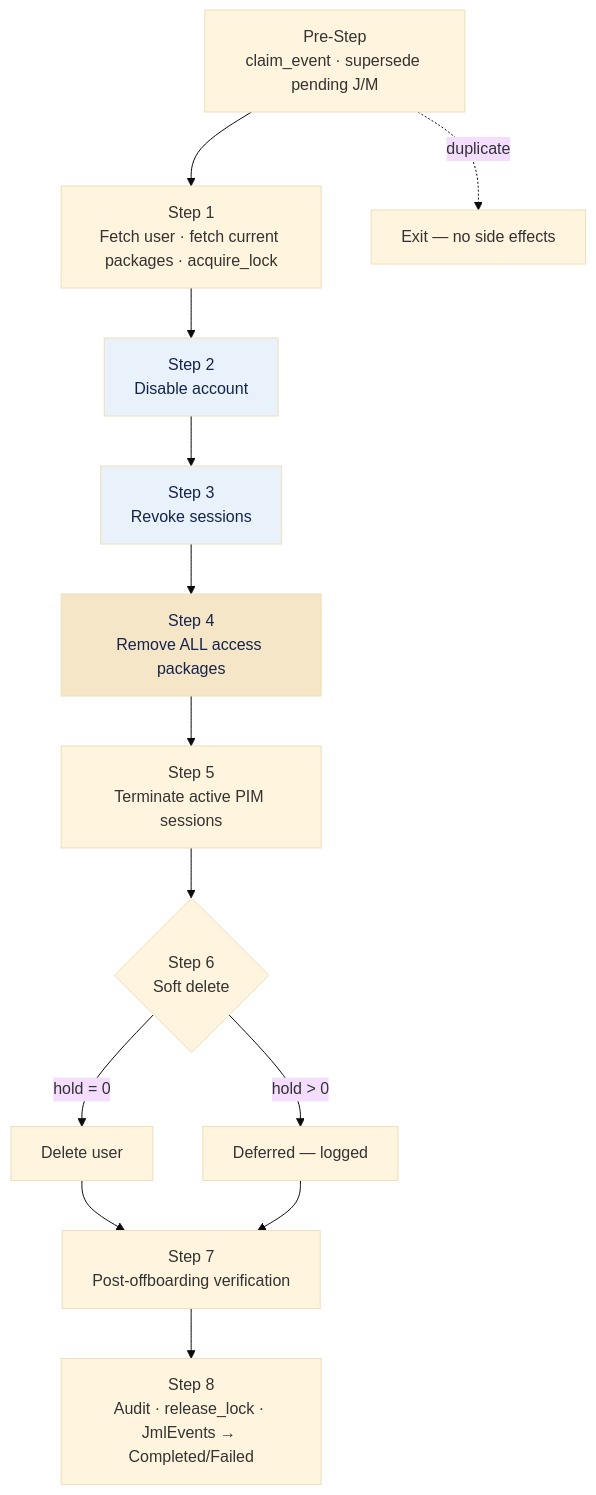
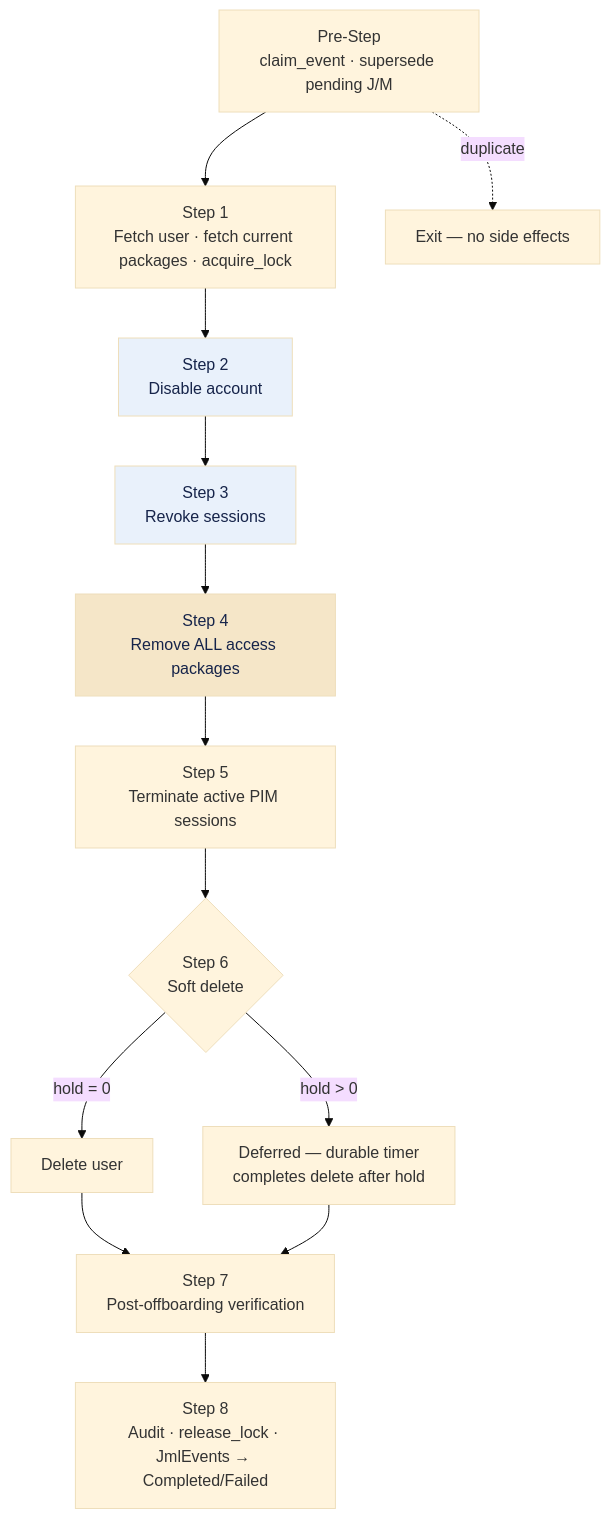
Before and after one commit to donhenzo/JML-EnigneV2: the fifth of 9 diagrams in Architecture.md, drawn with Mermaid (base theme). The commit also changed other lines of this file and 1 other file, not shown here.

````diff
--- a/Architecture.md
+++ b/Architecture.md
@@ -405,26 +405,26 @@
 ```mermaid
 flowchart TD
     START["Pre-Step<br/>claim_event · supersede pending J/M"] --> S1
     START -.duplicate.-> EXIT0["Exit — no side effects"]
 
     S1["Step 1<br/>Fetch user · fetch current packages · acquire_lock"] --> S2
 
     S2["Step 2<br/>Disable account"] --> S3
     S3["Step 3<br/>Revoke sessions"] --> S4
     S4["Step 4<br/>Remove ALL access packages"] --> S5
     S5["Step 5<br/>Terminate active PIM sessions"] --> S6
 
     S6{"Step 6<br/>Soft delete"}
     S6 -->|hold = 0| DEL["Delete user"]
-    S6 -->|hold > 0| DEFER["Deferred — logged"]
+    S6 -->|hold > 0| DEFER["Deferred — durable timer<br/>completes delete after hold"]
 
     DEL --> S7
     DEFER --> S7
 
     S7["Step 7<br/>Post-offboarding verification"] --> S8
     S8["Step 8<br/>Audit · release_lock · JmlEvents → Completed/Failed"]
 
     style S2 fill:#E9F1FB,color:#16244A
     style S3 fill:#E9F1FB,color:#16244A
     style S4 fill:#F5E6C8,color:#16244A
 ```
````
